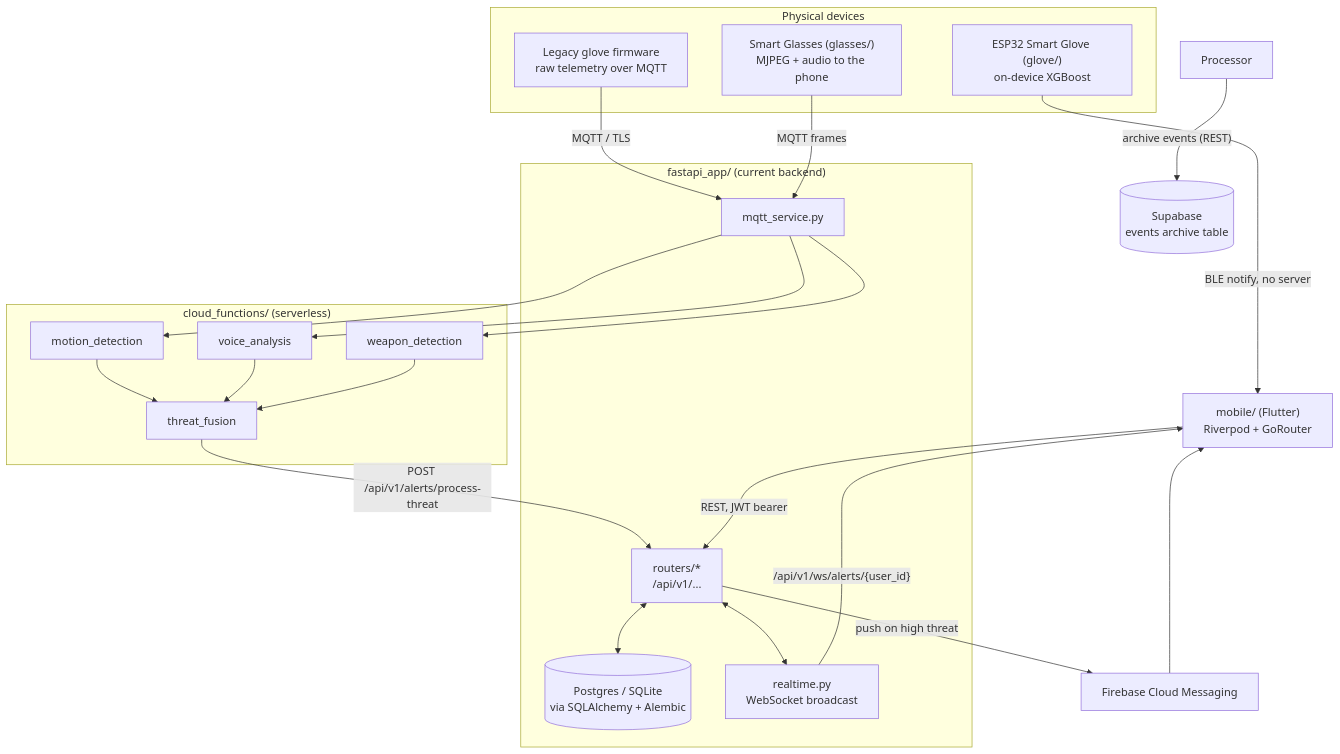
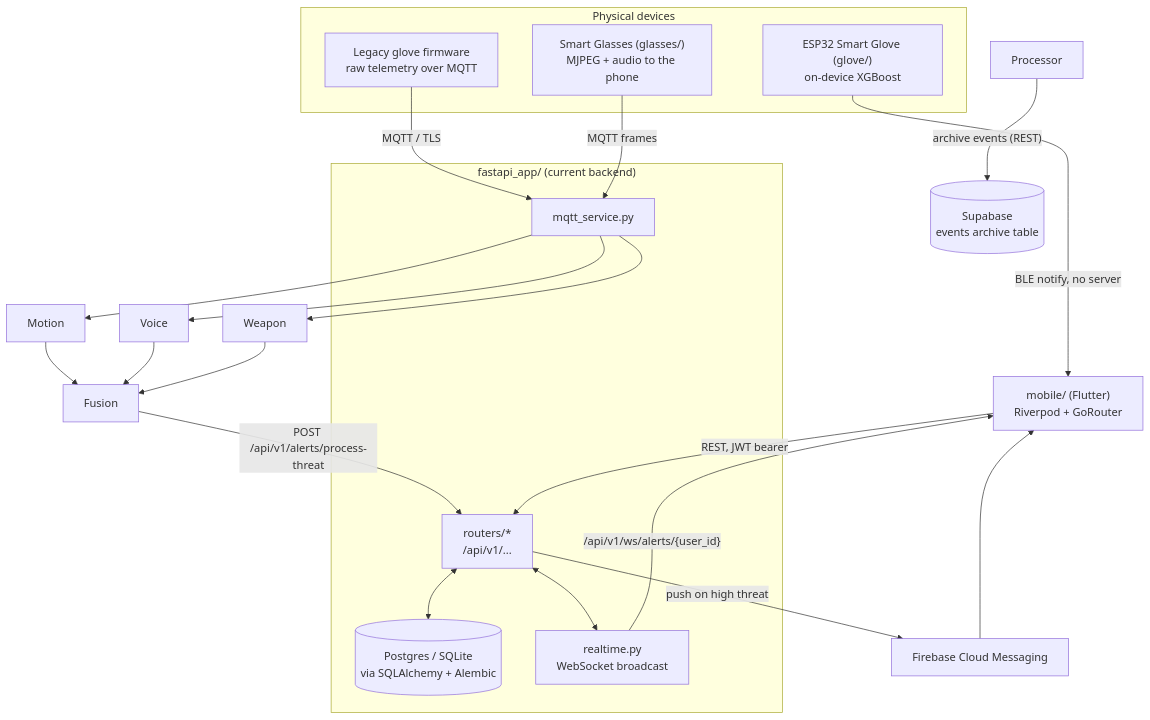
One commit to ShadowInCache/SafeHer changed the first of 5 diagrams in docs/ARCHITECTURE.md. Above: the diagram before and after it, drawn with Mermaid. The commit also changed other lines of this file and 31 other files, not shown here.

````diff
--- a/docs/ARCHITECTURE.md
+++ b/docs/ARCHITECTURE.md
@@ -10,41 +10,34 @@
 ```mermaid
 flowchart TB
     subgraph Devices["Physical devices"]
         Glove["ESP32 Smart Glove (glove/)\non-device XGBoost"]
         GloveOld["Legacy glove firmware\nraw telemetry over MQTT"]
         Glasses["Smart Glasses (glasses/)\nMJPEG + audio to the phone"]
-    end
-
-    subgraph CloudFn["cloud_functions/ (serverless)"]
-        Motion["motion_detection"]
-        Voice["voice_analysis"]
-        Weapon["weapon_detection"]
-        Fusion["threat_fusion"]
     end
 
     subgraph Backend["fastapi_app/ (current backend)"]
         MQTTIn["mqtt_service.py"]
         Routers["routers/*\n/api/v1/..."]
         DB[("Postgres / SQLite\nvia SQLAlchemy + Alembic")]
         WS["realtime.py\nWebSocket broadcast"]
     end
 
     Supabase[("Supabase\nevents archive table")]
     FCM["Firebase Cloud Messaging"]
 
     Mobile["mobile/ (Flutter)\nRiverpod + GoRouter"]
 
     Glove -- "BLE notify, no server" --> Mobile
     GloveOld -- "MQTT / TLS" --> MQTTIn
     Glasses -- "MQTT frames" --> MQTTIn
     MQTTIn --> Motion & Voice & Weapon
     Motion & Voice & Weapon --> Fusion
     Fusion -- "POST /api/v1/alerts/process-threat" --> Routers
     Routers <--> DB
     Processor -- "archive events (REST)" --> Supabase
     Routers -- "push on high threat" --> FCM
     Routers <--> WS
     WS -- "/api/v1/ws/alerts/{user_id}" --> Mobile
     Mobile -- "REST, JWT bearer" --> Routers
     FCM --> Mobile
 ```
````
